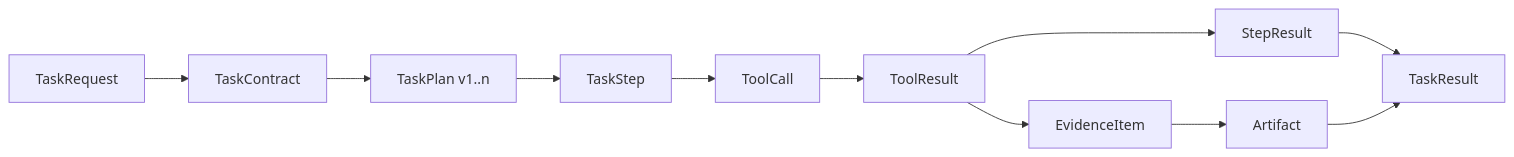
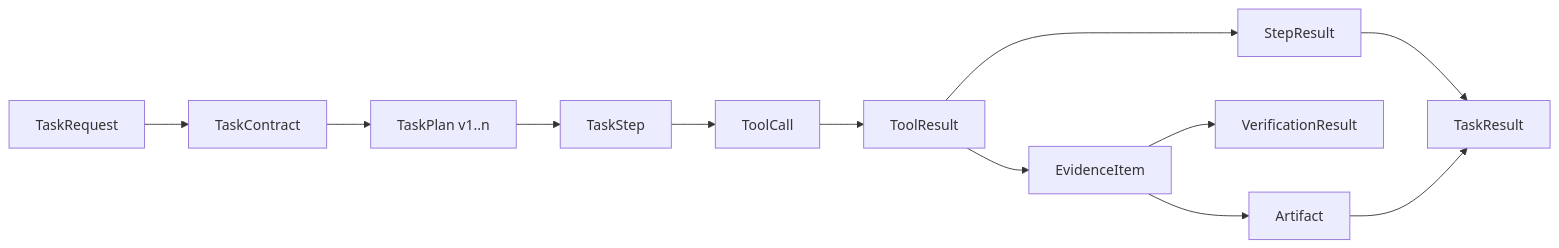
One commit to MaxLee1218/Agentic-Enterprise-Knowledge-Copilot changed the first of 2 diagrams in docs/domain-contracts.md. Above: the diagram before and after it, drawn with Mermaid. The commit also changed other lines of this file and 28 other files, not shown here.

````diff
--- a/docs/domain-contracts.md
+++ b/docs/domain-contracts.md
@@ -17,13 +17,14 @@
 ```mermaid
 flowchart LR
     R["TaskRequest"] --> C["TaskContract"]
     C --> P["TaskPlan v1..n"]
     P --> S["TaskStep"]
     S --> TC["ToolCall"]
     TC --> TR["ToolResult"]
     TR --> SR["StepResult"]
     TR --> E["EvidenceItem"]
+    E --> V["VerificationResult"]
     E --> A["Artifact"]
     SR --> RES["TaskResult"]
     A --> RES
 ```
````
